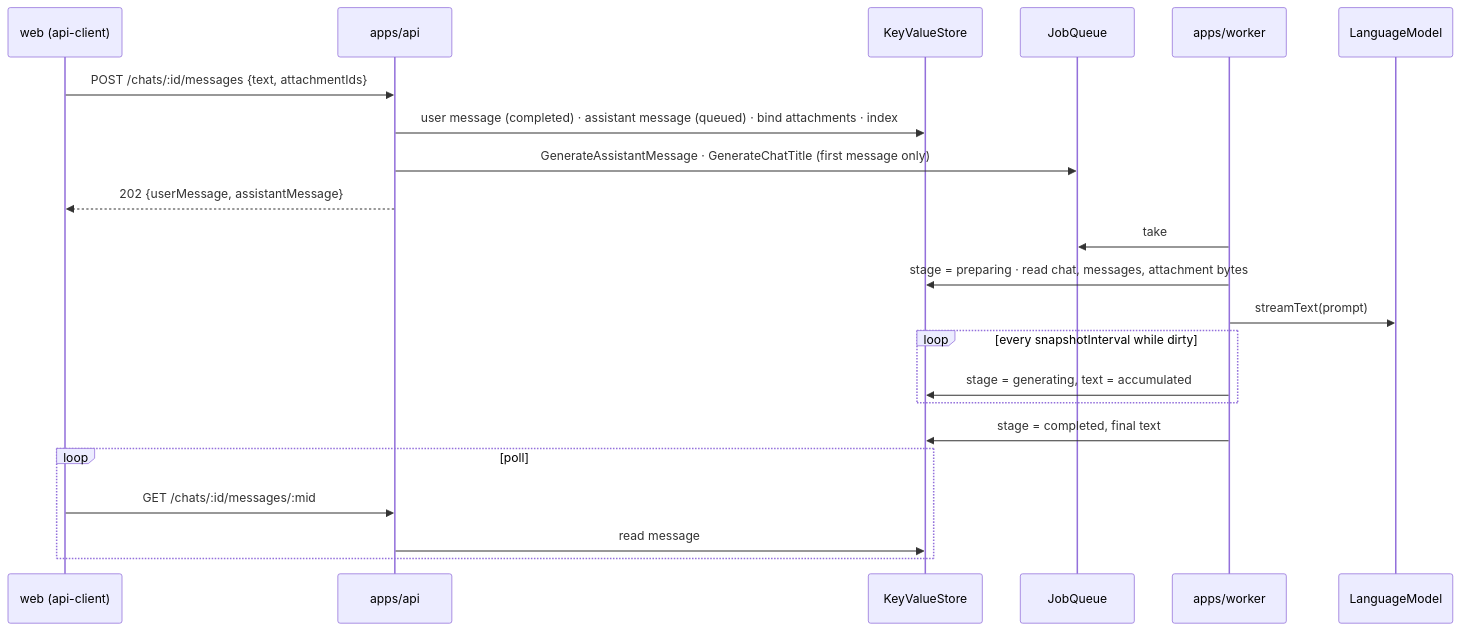
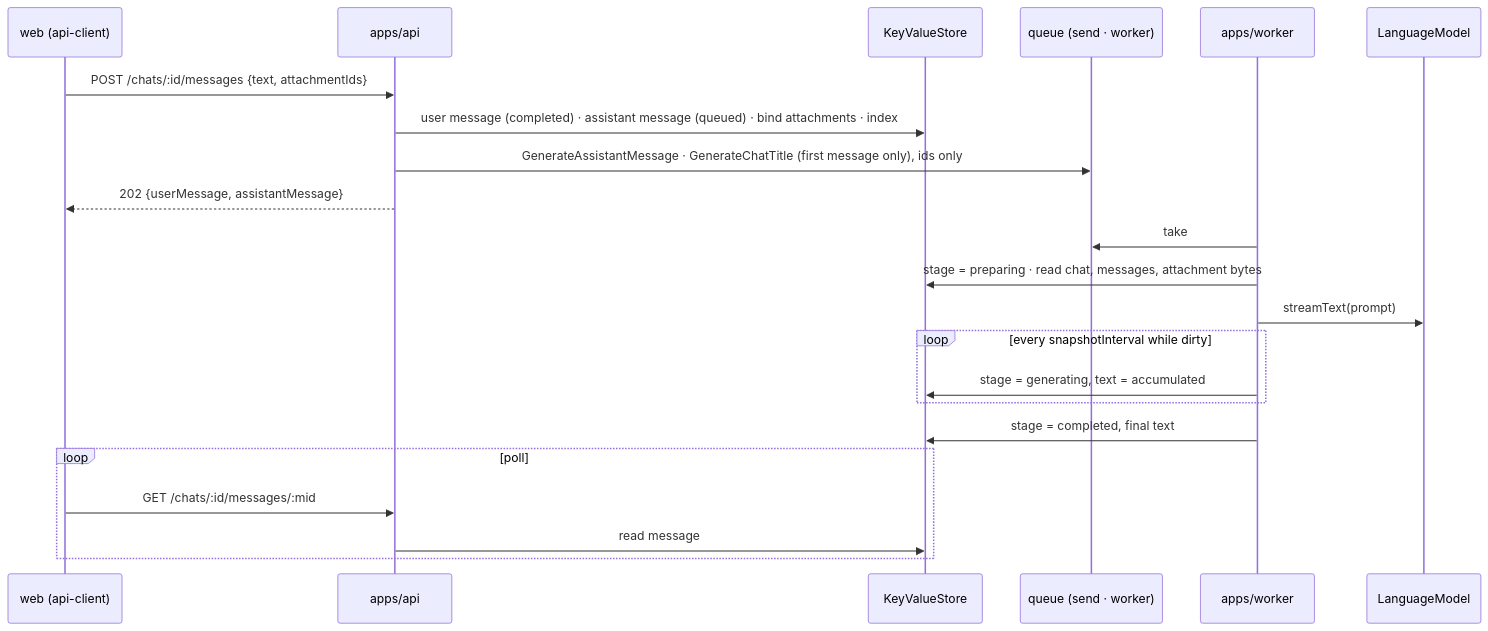
One commit to khotei/app-template changed the diagram in docs/tickets/2026-10-17_chat-core/architecture.md. Above: the diagram before and after it, drawn with Mermaid. The commit also changed other lines of this file and 12 other files, not shown here.

````diff
--- a/docs/tickets/2026-10-17_chat-core/architecture.md
+++ b/docs/tickets/2026-10-17_chat-core/architecture.md
@@ -13,24 +13,24 @@
 ```mermaid
 sequenceDiagram
   participant W as web (api-client)
   participant A as apps/api
   participant S as KeyValueStore
-  participant Q as JobQueue
+  participant Q as queue (send · worker)
   participant K as apps/worker
   participant M as LanguageModel
   W->>A: POST /chats/:id/messages {text, attachmentIds}
   A->>S: user message (completed) · assistant message (queued) · bind attachments · index
-  A->>Q: GenerateAssistantMessage · GenerateChatTitle (first message only)
+  A->>Q: GenerateAssistantMessage · GenerateChatTitle (first message only), ids only
   A-->>W: 202 {userMessage, assistantMessage}
   K->>Q: take
   K->>S: stage = preparing · read chat, messages, attachment bytes
   K->>M: streamText(prompt)
   loop every snapshotInterval while dirty
     K->>S: stage = generating, text = accumulated
   end
   K->>S: stage = completed, final text
   loop poll
     W->>A: GET /chats/:id/messages/:mid
     A->>S: read message
   end
 ```
````
